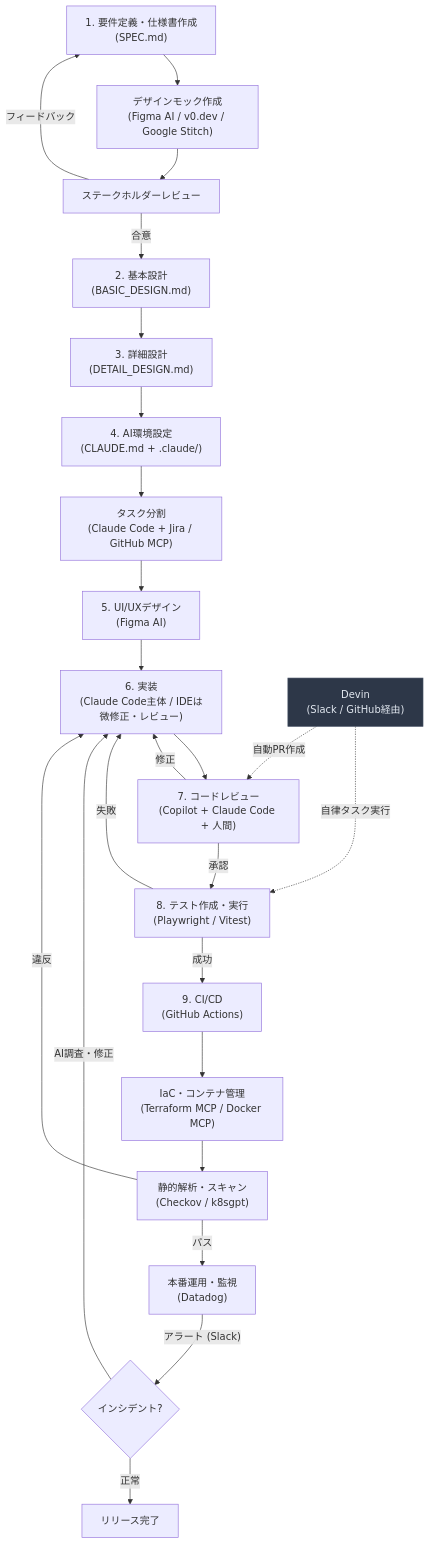
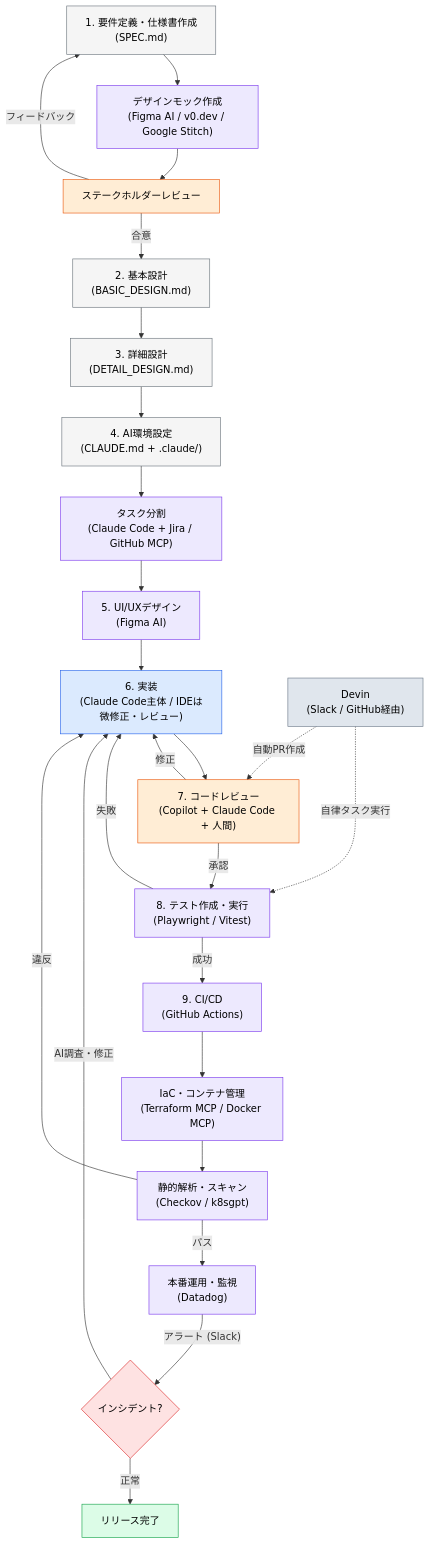
Diagram 11 of 44 in AI駆動開発.md (takuma39/ai), drawn with Mermaid before and after one commit. The commit also changed other lines of this file, not shown here.

````diff
--- a/AI駆動開発.md
+++ b/AI駆動開発.md
@@ -332,28 +332,45 @@
 ```mermaid
 flowchart TD
     A["1. 要件定義・仕様書作成<br/>(SPEC.md)"] --> M["デザインモック作成<br/>(Figma AI / v0.dev / Google Stitch)"]
     M --> R["ステークホルダーレビュー"]
     R -->|"フィードバック"| A
     R -->|"合意"| B["2. 基本設計<br/>(BASIC_DESIGN.md)"]
     B --> B2["3. 詳細設計<br/>(DETAIL_DESIGN.md)"]
     B2 --> B3["4. AI環境設定<br/>(CLAUDE.md + .claude/)"]
     B3 --> TS["タスク分割<br/>(Claude Code + Jira / GitHub MCP)"]
     TS --> C["5. UI/UXデザイン<br/>(Figma AI)"]
     C --> D["6. 実装<br/>(Claude Code主体 / IDEは微修正・レビュー)"]
     D --> E["7. コードレビュー<br/>(Copilot + Claude Code + 人間)"]
     E -->|修正| D
     E -->|承認| T["8. テスト作成・実行<br/>(Playwright / Vitest)"]
     T -->|"失敗"| D
     T -->|"成功"| F["9. CI/CD<br/>(GitHub Actions)"]
     F --> IaC["IaC・コンテナ管理<br/>(Terraform MCP / Docker MCP)"]
     IaC --> Scan["静的解析・スキャン<br/>(Checkov / k8sgpt)"]
     Scan -->|"パス"| G["本番運用・監視<br/>(Datadog)"]
     Scan -->|"違反"| D
     G -->|"アラート (Slack)"| H{"インシデント?"}
     H -->|"AI調査・修正"| D
     H -->|"正常"| I["リリース完了"]
 
     D2["Devin<br/>(Slack / GitHub経由)"] -.->|"自律タスク実行"| T
     D2 -.->|"自動PR作成"| E
-    style D2 fill:#2d3748,stroke:#4a5568,color:#e2e8f0
+    style A fill:#f5f5f5,stroke:#6c757d,color:#000
+    style M fill:#ede9fe,stroke:#7c3aed,color:#000
+    style R fill:#ffedd5,stroke:#ea580c,color:#000
+    style B fill:#f5f5f5,stroke:#6c757d,color:#000
+    style B2 fill:#f5f5f5,stroke:#6c757d,color:#000
+    style B3 fill:#f5f5f5,stroke:#6c757d,color:#000
+    style TS fill:#ede9fe,stroke:#7c3aed,color:#000
+    style C fill:#ede9fe,stroke:#7c3aed,color:#000
+    style D fill:#dbeafe,stroke:#2563eb,color:#000
+    style E fill:#ffedd5,stroke:#ea580c,color:#000
+    style T fill:#ede9fe,stroke:#7c3aed,color:#000
+    style F fill:#ede9fe,stroke:#7c3aed,color:#000
+    style IaC fill:#ede9fe,stroke:#7c3aed,color:#000
+    style Scan fill:#ede9fe,stroke:#7c3aed,color:#000
+    style G fill:#ede9fe,stroke:#7c3aed,color:#000
+    style H fill:#fee2e2,stroke:#dc2626,color:#000
+    style I fill:#dcfce7,stroke:#16a34a,color:#000
+    style D2 fill:#e0e6ed,stroke:#6c7a89,color:#000
 ```
````
